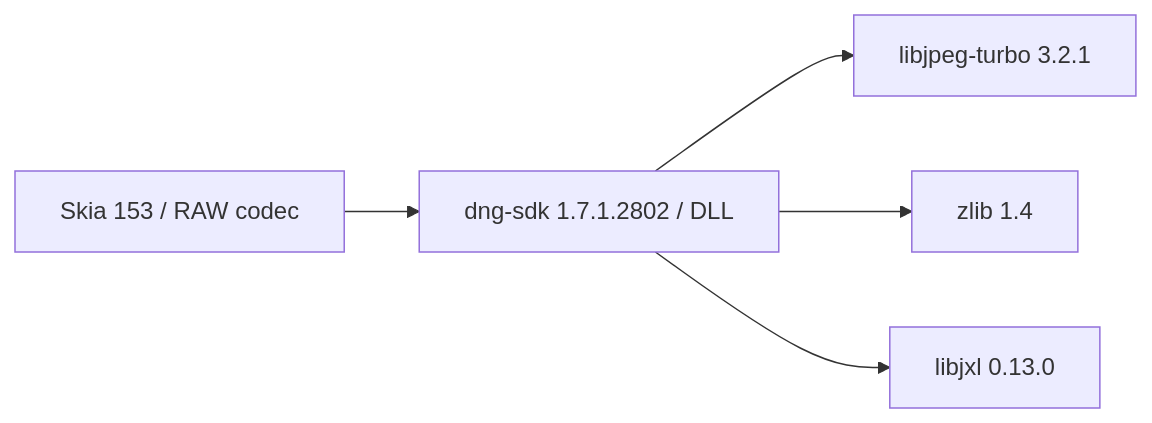
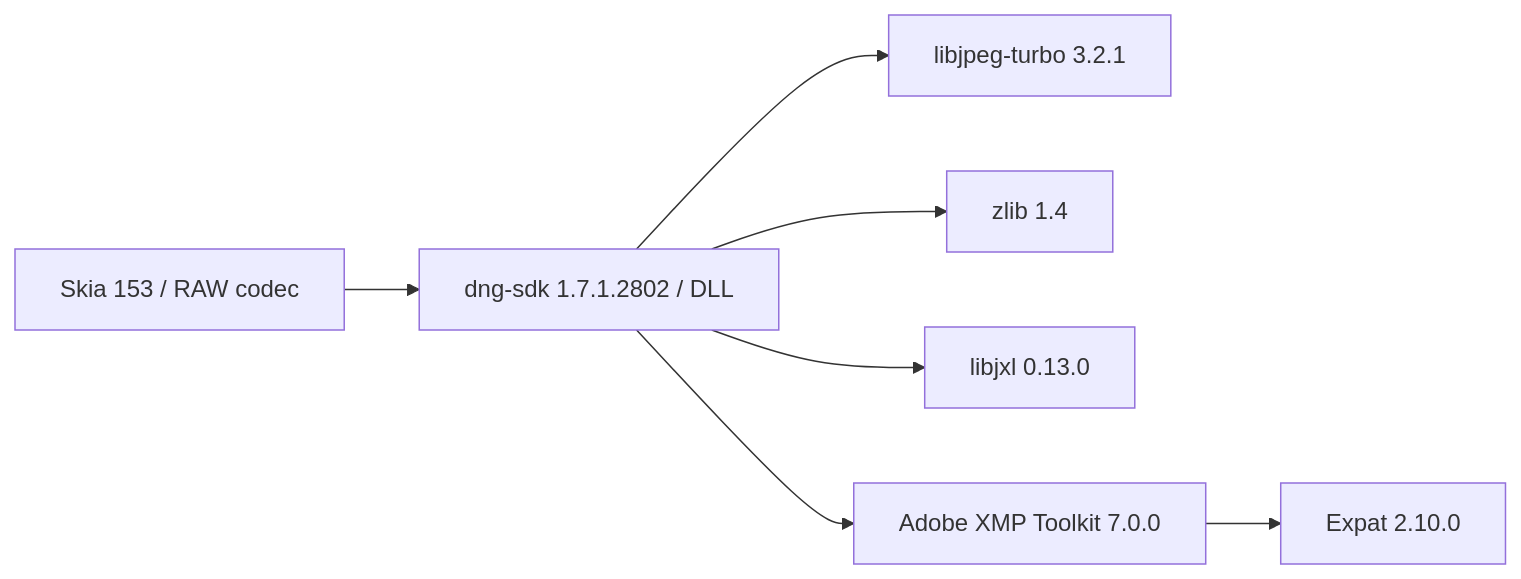
The diagram in admin/docs/packages/dng-sdk/1.7.1.2802/migration.md (adeccscholar/BuildEngine-Admin), drawn with Mermaid before and after one commit. The commit also changed other lines of this file, not shown here.

Commit message:
Supersede disabled-XMP history with active full Adobe XMP integration

````diff
--- a/admin/docs/packages/dng-sdk/1.7.1.2802/migration.md
+++ b/admin/docs/packages/dng-sdk/1.7.1.2802/migration.md
@@ -105,7 +118,9 @@
 ```mermaid
 flowchart LR
    skia["Skia 153 / RAW codec"] --> dng["dng-sdk 1.7.1.2802 / DLL"]
    dng --> jpeg["libjpeg-turbo 3.2.1"]
    dng --> zlib["zlib 1.4"]
    dng --> jxl["libjxl 0.13.0"]
+   dng --> xmp["Adobe XMP Toolkit 7.0.0"]
+   xmp --> expat["Expat 2.10.0"]
 ```
````
